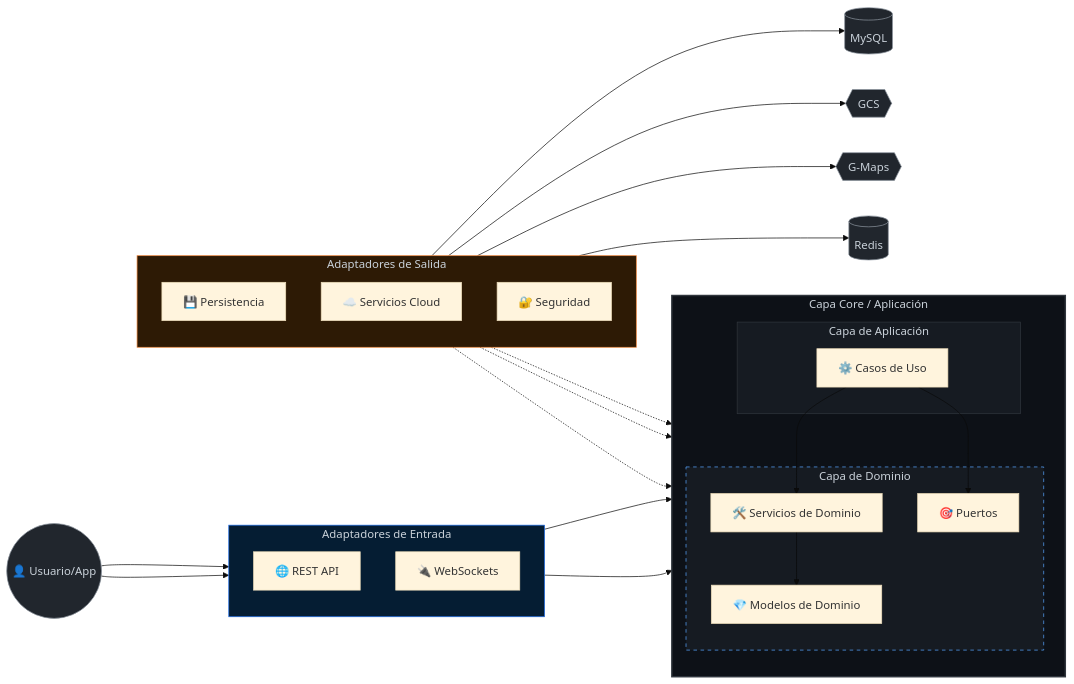
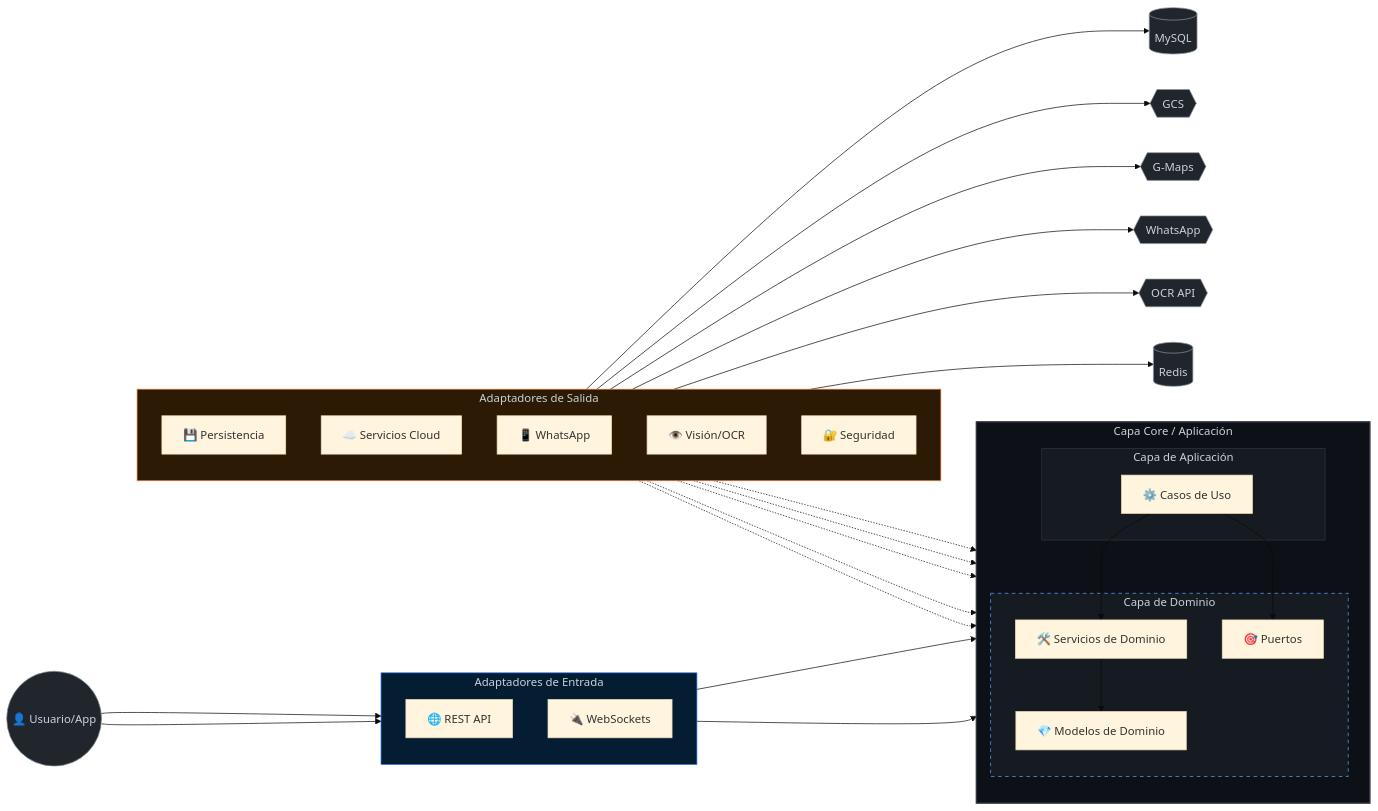
One commit to fttmatteo/messenger-backend changed the first of 3 diagrams in README.es.md. Above: the diagram before and after it, drawn with Mermaid (base theme). The commit also changed other lines of this file and 9 other files, not shown here.

Commit message:
feat: Implement WhatsApp Cloud API integration with webhook, bot service, and configuration, alongside minor Spring Boot version updates and documentation enhancements.

````diff
--- a/README.es.md
+++ b/README.es.md
@@ -48,63 +48,71 @@
 ```mermaid
 graph LR
     %% Actores Externos
     USER((👤 Usuario/App))
     MAPS{{G-Maps}}
     GCS{{GCS}}
+    WAPP{{WhatsApp}}
+    OCR_EXT{{OCR API}}
     DB[(MySQL)]
     REDIS[(Redis)]
 
     subgraph IN [Adaptadores de Entrada]
         direction TB
         REST[🌐 REST API]
         SOC[🔌 WebSockets]
     end
 
     subgraph CORE [Capa Core / Aplicación]
         direction TB
         subgraph APP [Capa de Aplicación]
             UC[⚙️ Casos de Uso]
         end
         subgraph DOMAIN [Capa de Dominio]
             SVC[🛠️ Servicios de Dominio]
             PORTS[🎯 Puertos]
             MODEL[💎 Modelos de Dominio]
         end
     end
 
     subgraph OUT [Adaptadores de Salida]
         direction TB
         PERS[💾 Persistencia]
         CLD[☁️ Servicios Cloud]
+        WABA[📱 WhatsApp]
+        VIS[👁️ Visión/OCR]
         SEC[🔐 Seguridad]
     end
 
     %% Flujo de Entrada
     USER --> REST & SOC
     REST & SOC --> UC
 
     %% Lógica de Aplicación
     UC --> SVC
     UC --> PORTS
     SVC --> MODEL
 
     %% Flujo de Salida (Inversión de Dependencia)
     PERS -.-> PORTS
     CLD -.-> PORTS
+    WABA -.-> PORTS
+    VIS -.-> PORTS
     SEC -.-> PORTS
 
     %% Conexiones de Infraestructura
     PERS --> DB
     CLD --> GCS & MAPS
+    WABA --> WAPP
+    VIS --> OCR_EXT
     SEC --> REDIS
 
     %% Estilos
     style CORE fill:#0d1117,stroke:#30363d,stroke-width:2px,color:#c9d1d9
     style DOMAIN fill:#161b22,stroke:#58a6ff,stroke-dasharray: 5 5,color:#c9d1d9
     style APP fill:#161b22,stroke:#30363d,color:#c9d1d9
     style IN fill:#051d33,stroke:#1f6feb,color:#c9d1d9
     style OUT fill:#2d1a05,stroke:#f0883e,color:#c9d1d9
     
     classDef actor fill:#21262d,stroke:#8b949e,color:#c9d1d9
-    class USER,MAPS,GCS,DB,REDIS actor
+    class USER,MAPS,GCS,WAPP,OCR_EXT,DB,REDIS actor
 ```
````
